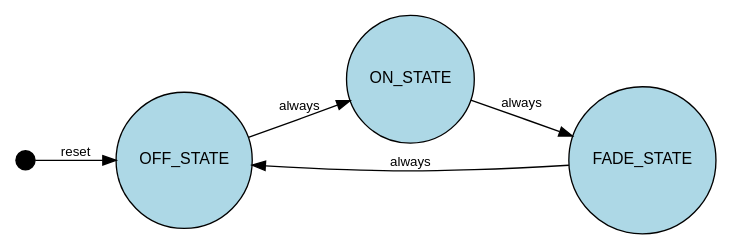
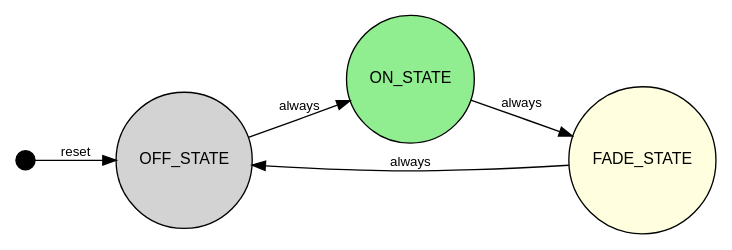
One commit to FPGA-James/HDLAutoDoc changed the diagram in docs/modules/blinky/blinky.dot. Above: the diagram before and after it, drawn with Graphviz. The commit also changed 179 other files, not shown here.

```diff
--- a/docs/modules/blinky/blinky.dot
+++ b/docs/modules/blinky/blinky.dot
@@ -1,17 +1,17 @@
 digraph blinky {
     rankdir=LR;
     node [shape=circle, style=filled, fontname=Helvetica, fontsize=12];
     edge [fontname=Helvetica, fontsize=10];
 
     __start [shape=point, width=0.2, fillcolor=black];
 
-    OFF_STATE [fillcolor=lightblue];
-    ON_STATE [fillcolor=lightblue];
-    FADE_STATE [fillcolor=lightblue];
+    OFF_STATE [fillcolor=lightgray];
+    ON_STATE [fillcolor=lightgreen];
+    FADE_STATE [fillcolor=lightyellow];
 
     __start -> OFF_STATE [label="reset"];
 
     OFF_STATE -> ON_STATE [label="always"];
     ON_STATE -> FADE_STATE [label="always"];
     FADE_STATE -> OFF_STATE [label="always"];
 }
```
